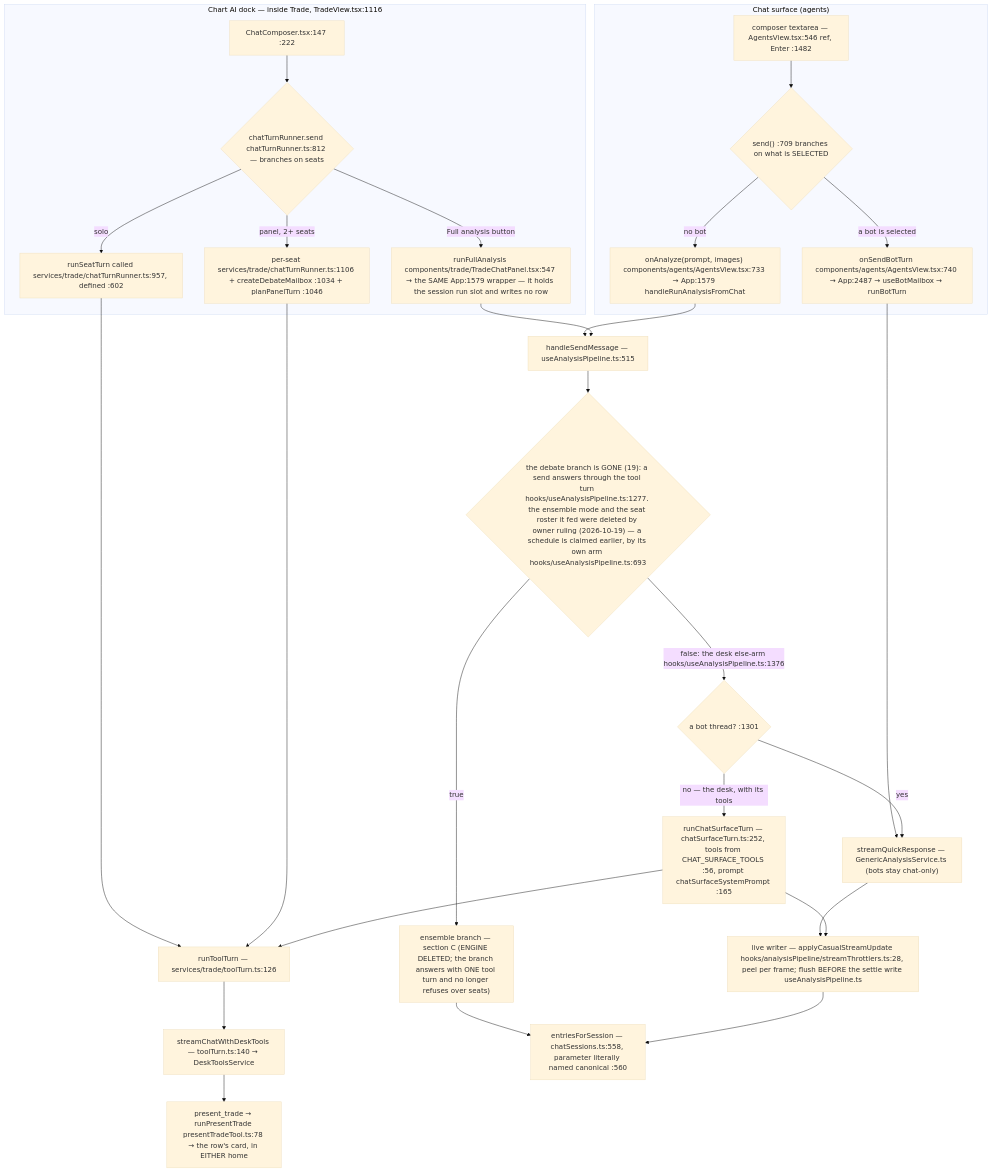
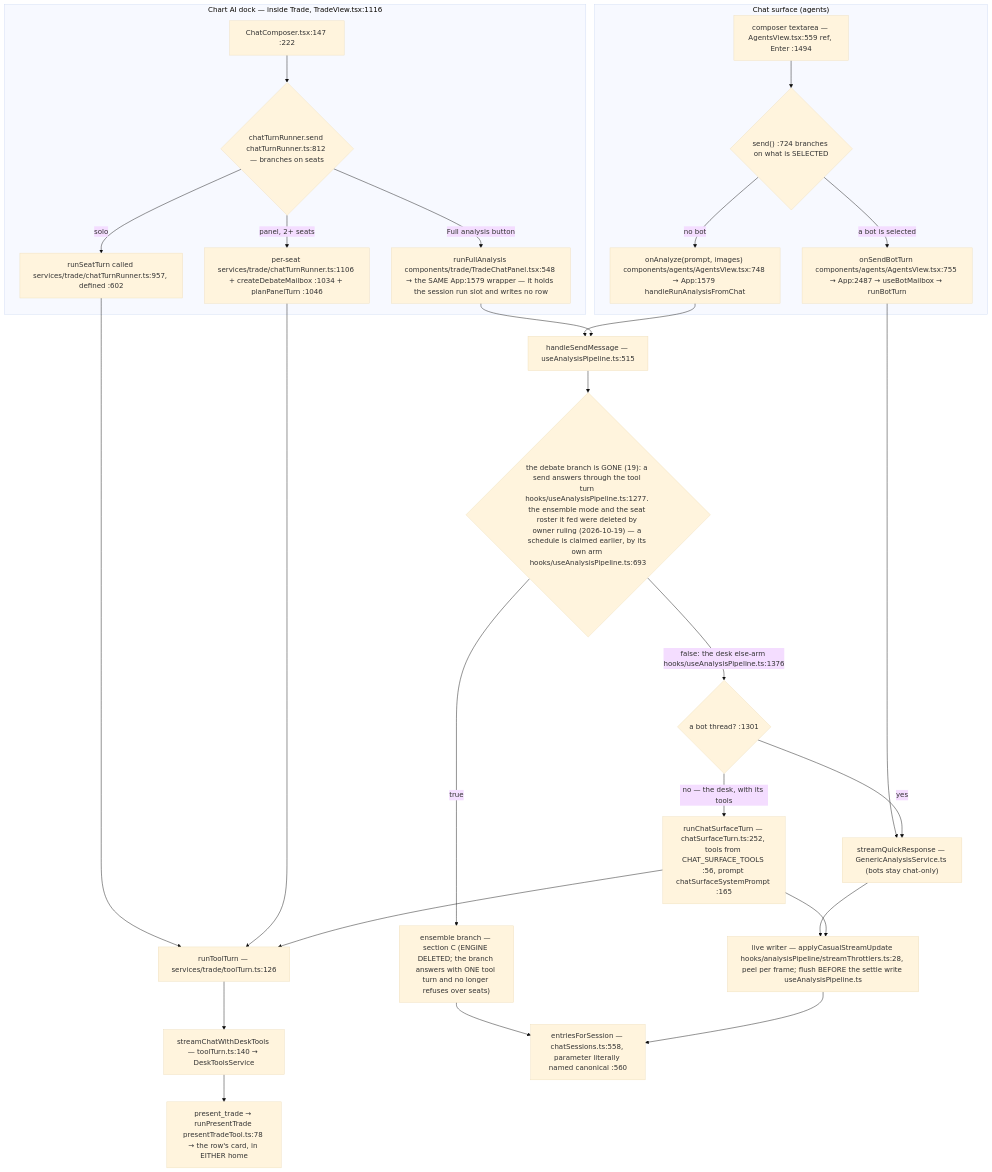
Before and after one commit to Acepay25/august-3.5: the second of 7 diagrams in docs/app-flow.md, drawn with Mermaid (base theme). The commit also changed other lines of this file and 9 other files, not shown here.

````diff
--- a/docs/app-flow.md
+++ b/docs/app-flow.md
@@ -61,31 +61,31 @@
 ```mermaid
 flowchart TD
     subgraph CHAT["Chat surface (agents)"]
-        CB["composer textarea — AgentsView.tsx:546 ref, Enter :1482"] --> D1{"send() :709 branches on what is SELECTED"}
-        D1 -->|a bot is selected| BOT["onSendBotTurn components/agents/AgentsView.tsx:740 → App:2487 → useBotMailbox → runBotTurn"]
-        D1 -->|no bot| AN["onAnalyze(prompt, images) components/agents/AgentsView.tsx:733 → App:1579 handleRunAnalysisFromChat"]
+        CB["composer textarea — AgentsView.tsx:559 ref, Enter :1494"] --> D1{"send() :724 branches on what is SELECTED"}
+        D1 -->|a bot is selected| BOT["onSendBotTurn components/agents/AgentsView.tsx:755 → App:2487 → useBotMailbox → runBotTurn"]
+        D1 -->|no bot| AN["onAnalyze(prompt, images) components/agents/AgentsView.tsx:748 → App:1579 handleRunAnalysisFromChat"]
     end
     subgraph DOCK["Chart AI dock — inside Trade, TradeView.tsx:1116"]
         DC["ChatComposer.tsx:147 :222"] --> D2{"chatTurnRunner.send chatTurnRunner.ts:812 — branches on seats"}
         D2 -->|solo| SO["runSeatTurn called services/trade/chatTurnRunner.ts:957, defined :602"]
         D2 -->|panel, 2+ seats| PN["per-seat services/trade/chatTurnRunner.ts:1106 + createDebateMailbox :1034 + planPanelTurn :1046"]
-        D2 -->|Full analysis button| FA["runFullAnalysis components/trade/TradeChatPanel.tsx:547 → the SAME App:1579 wrapper — it holds the session run slot and writes no row"]
+        D2 -->|Full analysis button| FA["runFullAnalysis components/trade/TradeChatPanel.tsx:548 → the SAME App:1579 wrapper — it holds the session run slot and writes no row"]
     end
     SO --> TT["runToolTurn — services/trade/toolTurn.ts:126"]
     PN --> TT
     TT --> SCDT["streamChatWithDeskTools — toolTurn.ts:140 → DeskToolsService"]
     BOT --> TR["streamQuickResponse — GenericAnalysisService.ts (bots stay chat-only)"]
     AN --> HSM["handleSendMessage — useAnalysisPipeline.ts:515"]
     FA --> HSM
     HSM --> D3{"the debate branch is GONE (19): a send answers through the tool turn hooks/useAnalysisPipeline.ts:1277. the ensemble mode and the seat roster it fed were deleted by owner ruling (2026-10-19) — a schedule is claimed earlier, by its own arm hooks/useAnalysisPipeline.ts:693"}
     D3 -->|true| ENS["ensemble branch — section C (ENGINE DELETED; the branch answers with ONE tool turn and no longer refuses over seats)"]
     D3 -->|false: the desk else-arm hooks/useAnalysisPipeline.ts:1376| SPLIT{"a bot thread? :1301"}
     SPLIT -->|yes| TR
     SPLIT -->|no — the desk, with its tools| CST["runChatSurfaceTurn — chatSurfaceTurn.ts:252, tools from CHAT_SURFACE_TOOLS :56, prompt chatSurfaceSystemPrompt :165"]
     CST --> TT
     TR --> LW["live writer — applyCasualStreamUpdate hooks/analysisPipeline/streamThrottlers.ts:28, peel per frame; flush BEFORE the settle write useAnalysisPipeline.ts"]
     CST --> LW
     ENS --> MERGE
     LW --> MERGE["entriesForSession — chatSessions.ts:558, parameter literally named canonical :560"]
     SCDT --> PT["present_trade → runPresentTrade presentTradeTool.ts:78 → the row's card, in EITHER home"]
 ```
````
